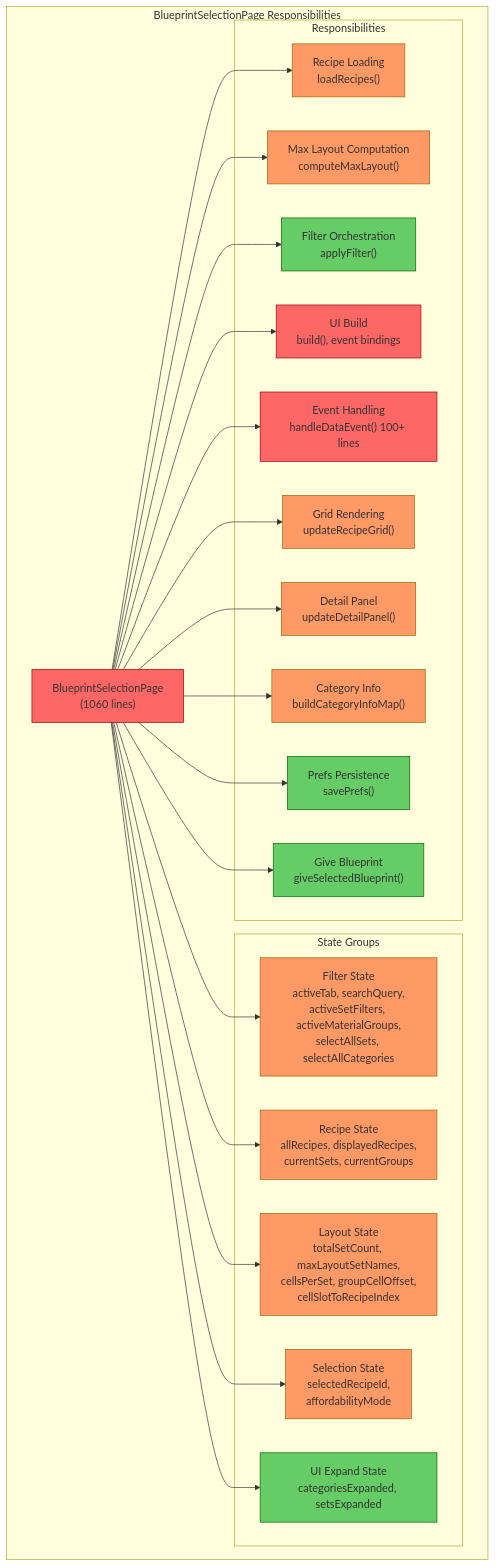
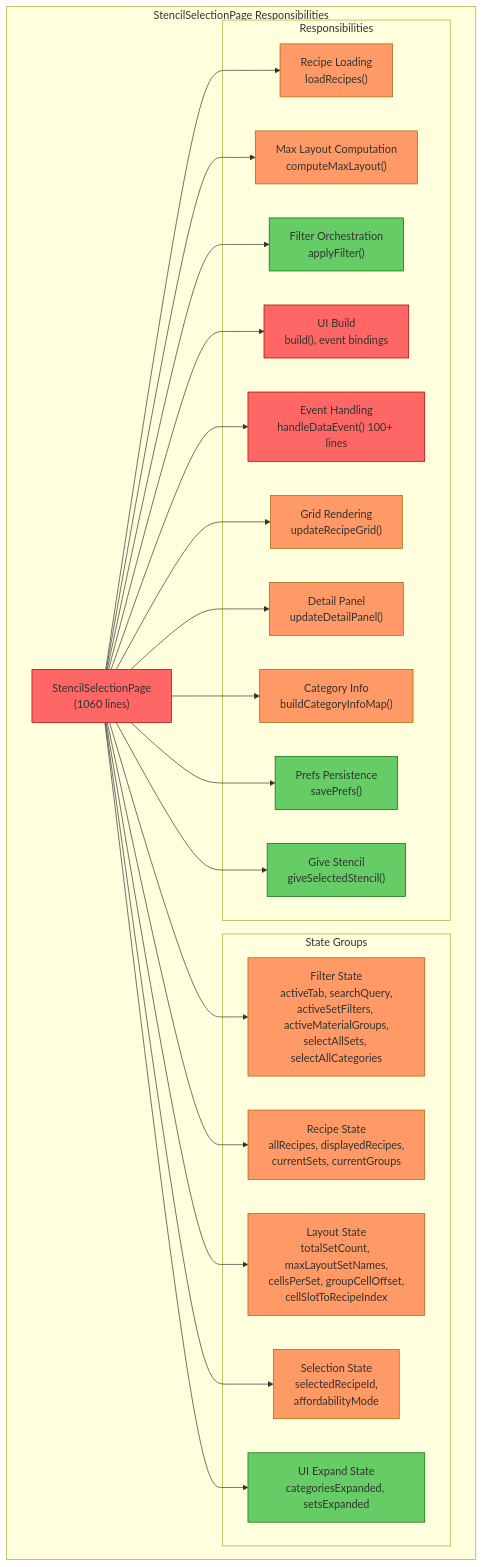
Before and after one commit to TheCodeCreature/Hytale-Example-Plugin: the second of 3 diagrams in docs/review-refactor-blast-radius.md, drawn with Mermaid. The commit also changed other lines of this file and 289 other files, not shown here.

````diff
--- a/docs/review-refactor-blast-radius.md
+++ b/docs/review-refactor-blast-radius.md
@@ -104,47 +104,47 @@
 ```mermaid
 graph TB
-    subgraph "BlueprintSelectionPage Responsibilities"
-        BSP["BlueprintSelectionPage<br/>(1060 lines)"]:::red
+    subgraph "StencilSelectionPage Responsibilities"
+        BSP["StencilSelectionPage<br/>(1060 lines)"]:::red
 
         subgraph "State Groups"
             FS["Filter State<br/>activeTab, searchQuery,<br/>activeSetFilters, activeMaterialGroups,<br/>selectAllSets, selectAllCategories"]:::orange
             RS["Recipe State<br/>allRecipes, displayedRecipes,<br/>currentSets, currentGroups"]:::orange
             LS["Layout State<br/>totalSetCount, maxLayoutSetNames,<br/>cellsPerSet, groupCellOffset,<br/>cellSlotToRecipeIndex"]:::orange
             SS["Selection State<br/>selectedRecipeId,<br/>affordabilityMode"]:::orange
             US["UI Expand State<br/>categoriesExpanded, setsExpanded"]:::green
         end
 
         subgraph "Responsibilities"
             R1["Recipe Loading<br/>loadRecipes()"]:::orange
             R2["Max Layout Computation<br/>computeMaxLayout()"]:::orange
             R3["Filter Orchestration<br/>applyFilter()"]:::green
             R4["UI Build<br/>build(), event bindings"]:::red
             R5["Event Handling<br/>handleDataEvent() 100+ lines"]:::red
             R6["Grid Rendering<br/>updateRecipeGrid()"]:::orange
             R7["Detail Panel<br/>updateDetailPanel()"]:::orange
             R8["Category Info<br/>buildCategoryInfoMap()"]:::orange
             R9["Prefs Persistence<br/>savePrefs()"]:::green
-            R10["Give Blueprint<br/>giveSelectedBlueprint()"]:::green
+            R10["Give Stencil<br/>giveSelectedStencil()"]:::green
         end
     end
 
     BSP --> FS
     BSP --> RS
     BSP --> LS
     BSP --> SS
     BSP --> US
     BSP --> R1
     BSP --> R2
     BSP --> R3
     BSP --> R4
     BSP --> R5
     BSP --> R6
     BSP --> R7
     BSP --> R8
     BSP --> R9
     BSP --> R10
 
     classDef green fill:#6c6,stroke:#060
     classDef orange fill:#f96,stroke:#960
     classDef red fill:#f66,stroke:#900
 ```
````
